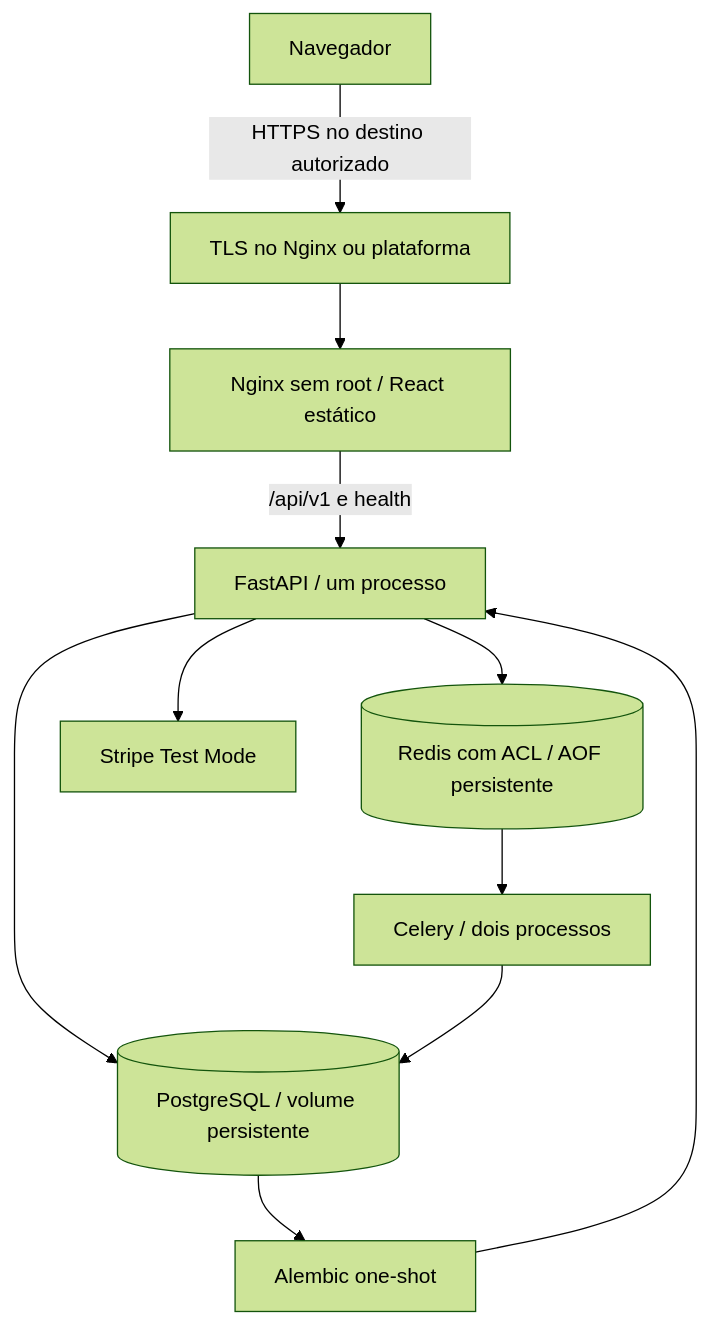
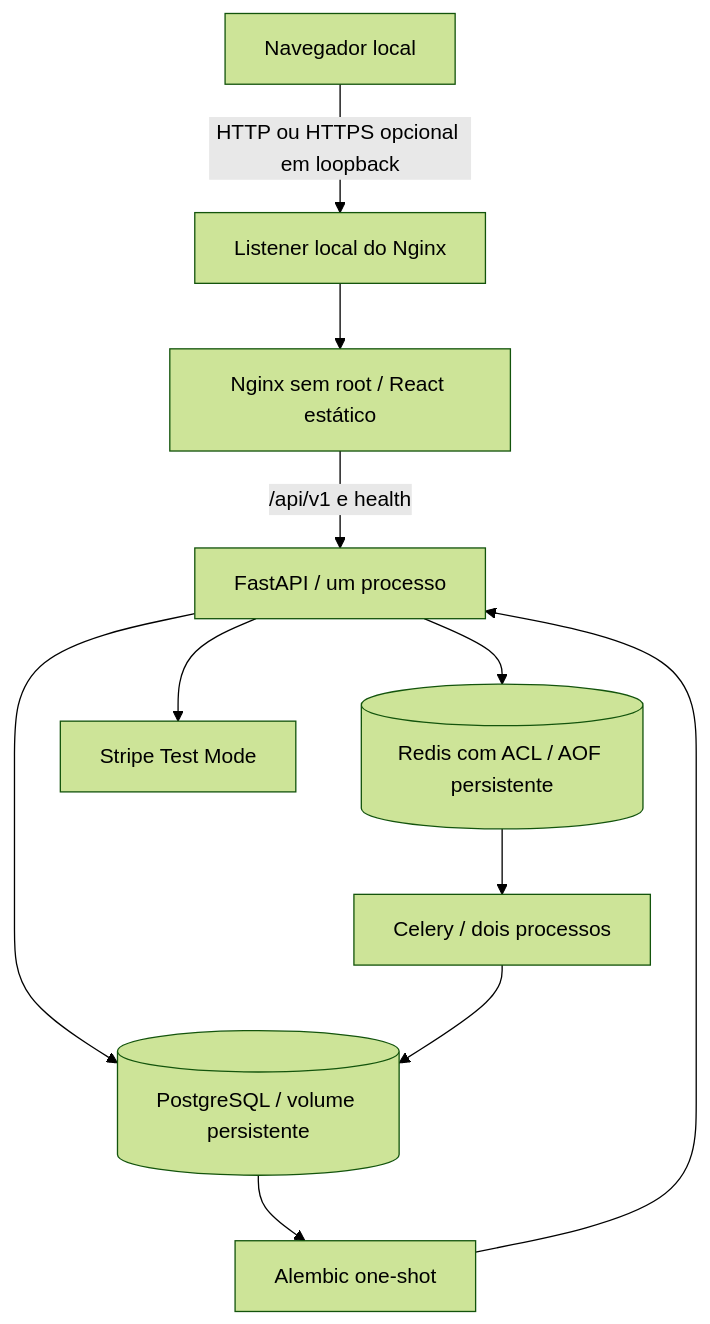
One commit to Jos3Vitor34/orderflow changed the diagram in docs/DEPLOYMENT.md. Above: the diagram before and after it, drawn with Mermaid (forest theme). The commit also changed other lines of this file and 6 other files, not shown here.

````diff
--- a/docs/DEPLOYMENT.md
+++ b/docs/DEPLOYMENT.md
@@ -10,13 +24,13 @@
 ```mermaid
 flowchart TD
-    Browser[Navegador] -->|HTTPS no destino autorizado| TLS[TLS no Nginx ou plataforma]
+    Browser[Navegador local] -->|HTTP ou HTTPS opcional em loopback| TLS[Listener local do Nginx]
     TLS --> Frontend[Nginx sem root / React estático]
     Frontend -->|/api/v1 e health| API[FastAPI / um processo]
     API --> PG[(PostgreSQL / volume persistente)]
     API --> Redis[(Redis com ACL / AOF persistente)]
     Redis --> Worker[Celery / dois processos]
     Worker --> PG
     API --> Stripe[Stripe Test Mode]
     PG --> Migration[Alembic one-shot]
     Migration --> API
 ```
````
